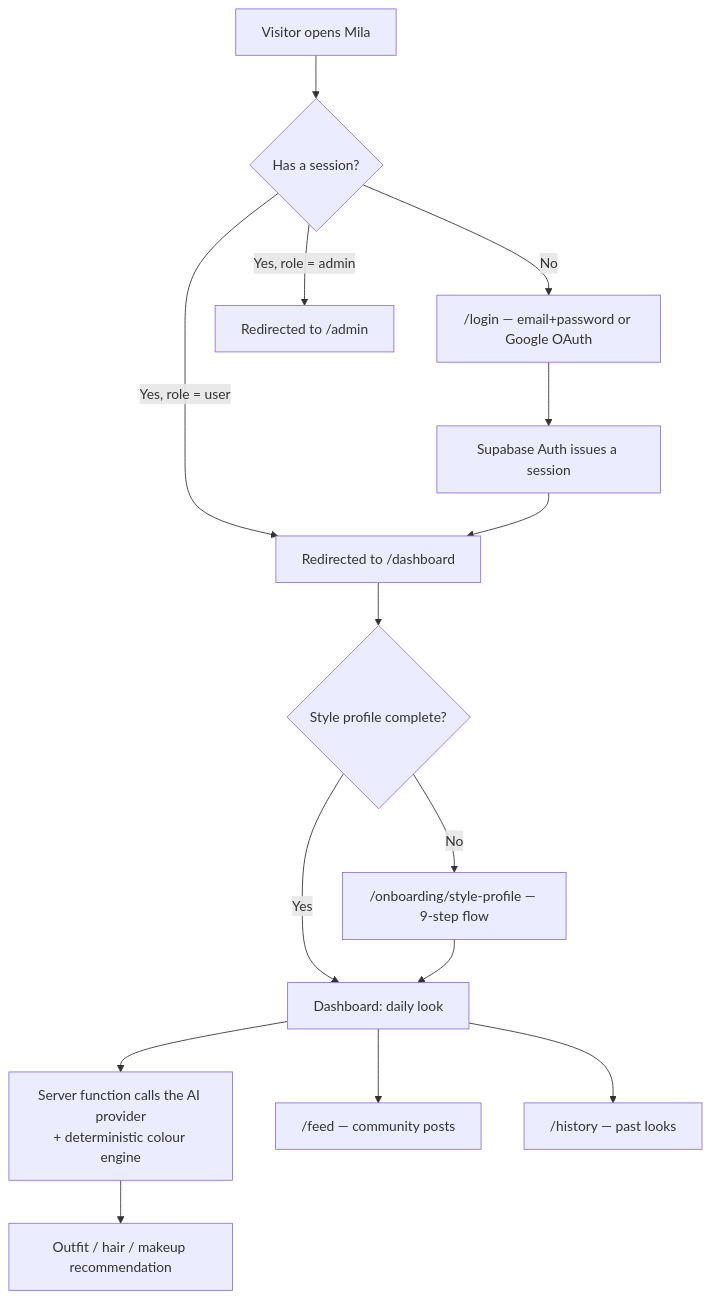
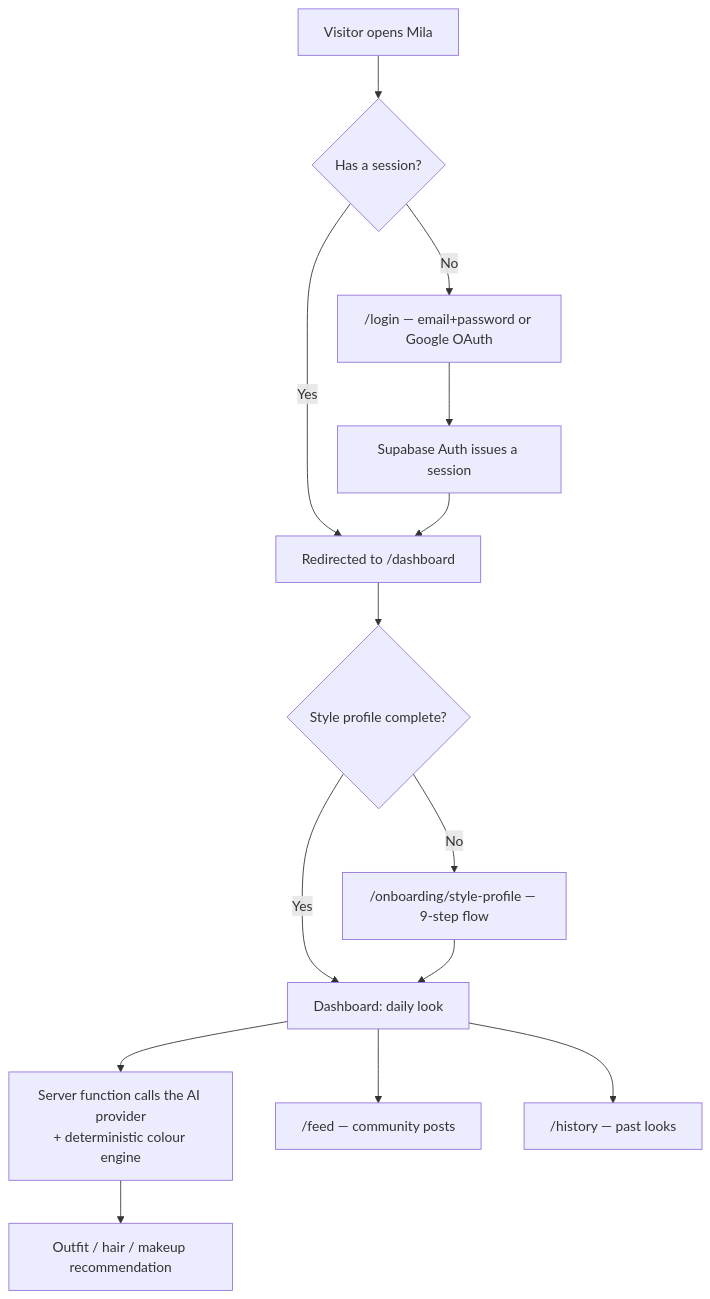
The first of 2 diagrams in README.md (NXT-Official/MILA), drawn with Mermaid before and after one commit. The commit also changed other lines of this file and 20 other files, not shown here.

````diff
--- a/README.md
+++ b/README.md
@@ -88,17 +88,16 @@
 ```mermaid
 flowchart TD
     A[Visitor opens Mila] --> B{Has a session?}
     B -- No --> C["/login — email+password or Google OAuth"]
-    B -- Yes, role = admin --> D2["Redirected to /admin"]
-    B -- Yes, role = user --> D["Redirected to /dashboard"]
+    B -- Yes --> D["Redirected to /dashboard"]
     C --> E[Supabase Auth issues a session]
     E --> D
     D --> F{Style profile complete?}
     F -- No --> G["/onboarding/style-profile — 9-step flow"]
     F -- Yes --> H[Dashboard: daily look]
     G --> H
     H --> I["Server function calls the AI provider\n+ deterministic colour engine"]
     I --> J[Outfit / hair / makeup recommendation]
     H --> K["/feed — community posts"]
     H --> L["/history — past looks"]
 ```
````
